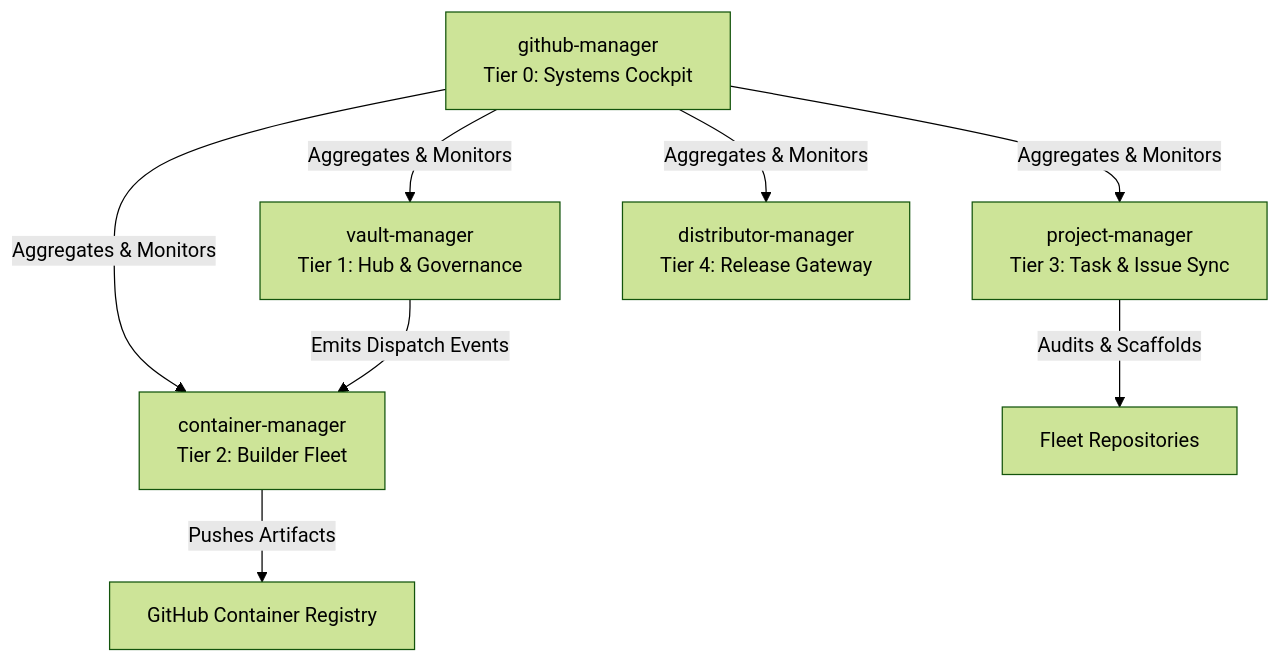
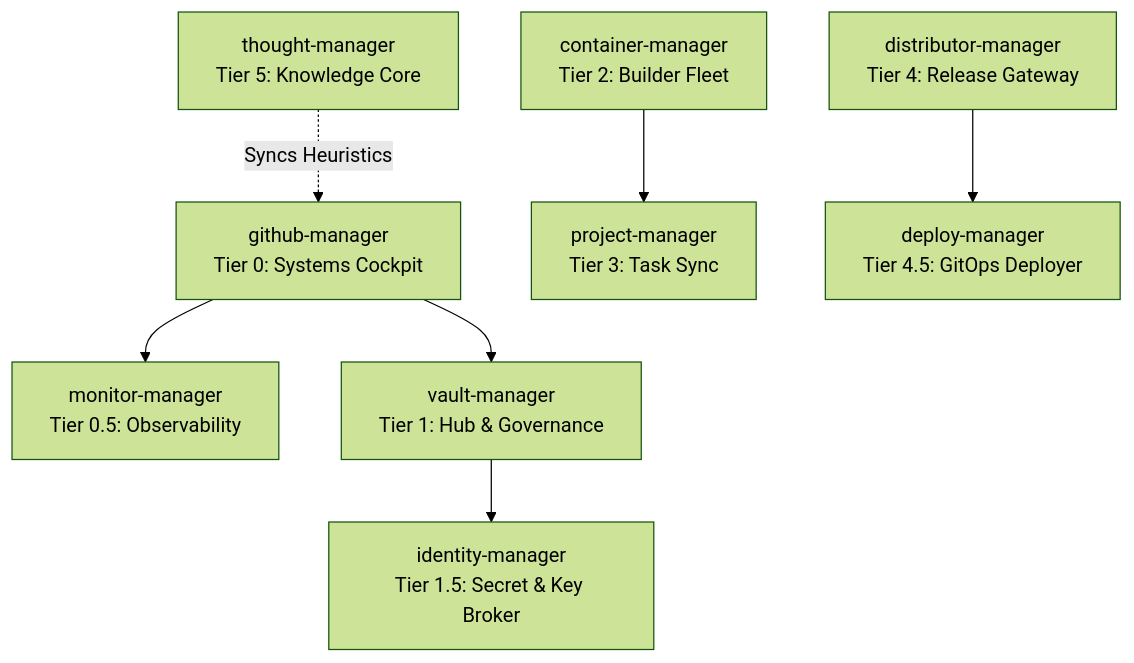
One commit to RPDevs-Vault/github-manager changed the diagram in README.md. Above: the diagram before and after it, drawn with Mermaid (forest theme). The commit also changed other lines of this file, not shown here.

Commit message:
docs: update README with expanded 9-repo managers architecture

````diff
--- a/README.md
+++ b/README.md
@@ -11,11 +11,12 @@
 ```mermaid
 graph TD
-    HM[github-manager<br>Tier 0: Systems Cockpit] -->|Aggregates & Monitors| VM[vault-manager<br>Tier 1: Hub & Governance]
-    HM -->|Aggregates & Monitors| CM[container-manager<br>Tier 2: Builder Fleet]
-    HM -->|Aggregates & Monitors| PM[project-manager<br>Tier 3: Task & Issue Sync]
-    HM -->|Aggregates & Monitors| DM[distributor-manager<br>Tier 4: Release Gateway]
+    HM[github-manager<br>Tier 0: Systems Cockpit] --> MM[monitor-manager<br>Tier 0.5: Observability]
+    HM --> VM[vault-manager<br>Tier 1: Hub & Governance]
+    VM --> IM[identity-manager<br>Tier 1.5: Secret & Key Broker]
     
-    VM -->|Emits Dispatch Events| CM
-    CM -->|Pushes Artifacts| GHCR[GitHub Container Registry]
-    PM -->|Audits & Scaffolds| FleetRepos[Fleet Repositories]
+    CM[container-manager<br>Tier 2: Builder Fleet] --> PM[project-manager<br>Tier 3: Task Sync]
+    
+    DM[distributor-manager<br>Tier 4: Release Gateway] --> DEM[deploy-manager<br>Tier 4.5: GitOps Deployer]
+    
+    TM[thought-manager<br>Tier 5: Knowledge Core] -.->|Syncs Heuristics| HM
 ```
````
